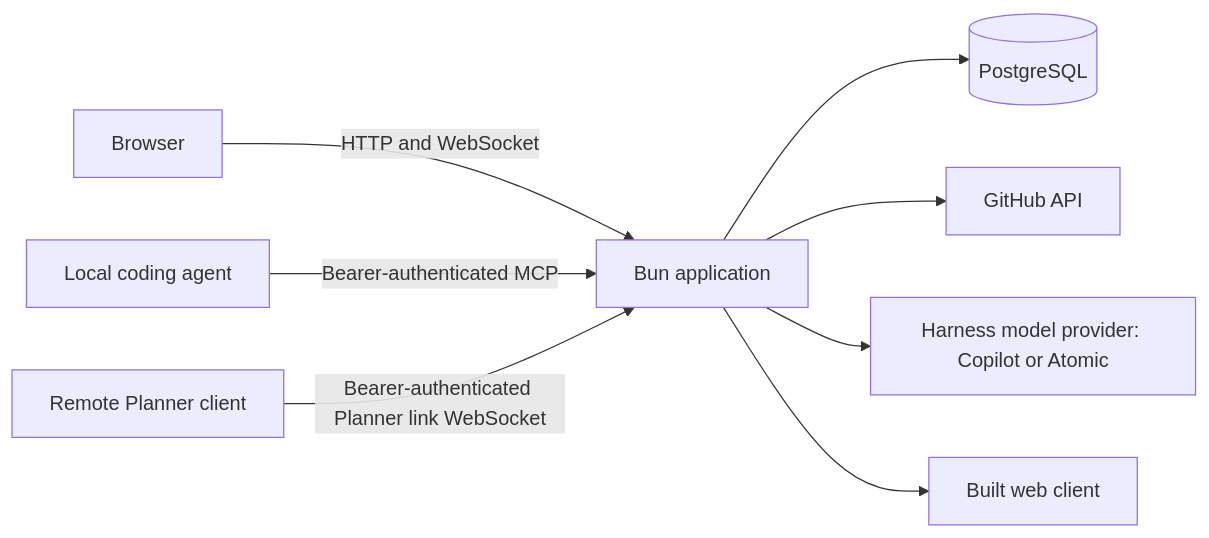
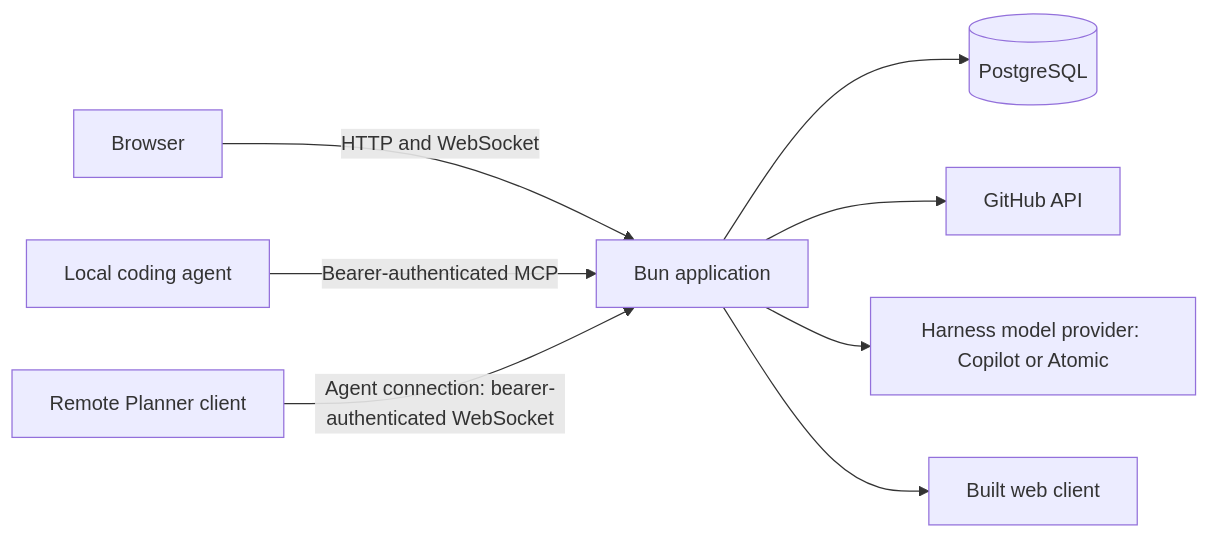
One commit to githubnext/chopin changed the first of 3 diagrams in docs/architecture.md. Above: the diagram before and after it, drawn with Mermaid. The commit also changed other lines of this file and 47 other files, not shown here.

````diff
--- a/docs/architecture.md
+++ b/docs/architecture.md
@@ -55,10 +56,10 @@
 ```mermaid
 flowchart LR
 	B[Browser] -->|HTTP and WebSocket| S[Bun application]
 	C[Local coding agent] -->|Bearer-authenticated MCP| S
-	R[Remote Planner client] -->|Bearer-authenticated Planner link WebSocket| S
+	R[Remote Planner client] -->|Agent connection: bearer-authenticated WebSocket| S
 	S --> P[(PostgreSQL)]
 	S --> G[GitHub API]
 	S --> A[Harness model provider: Copilot or Atomic]
 	S --> W[Built web client]
 ```
````
